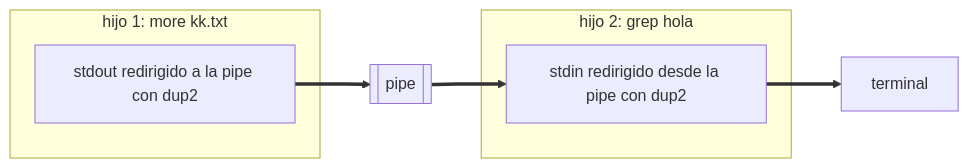
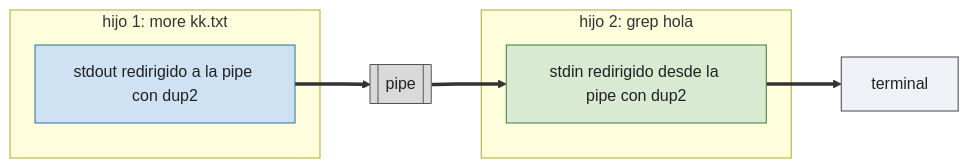
One commit to asiermarzo/ssoo changed the first of 2 diagrams in PRACTICA/05-minishell/README.md. Above: the diagram before and after it, drawn with Mermaid. The commit also changed other lines of this file and 25 other files, not shown here.

Commit message:
refinado de diagramas mermaid y svg

````diff
--- a/PRACTICA/05-minishell/README.md
+++ b/PRACTICA/05-minishell/README.md
@@ -22,10 +22,20 @@
 ```mermaid
 flowchart LR
     subgraph h1["hijo 1: more kk.txt"]
         M["stdout redirigido a la pipe con dup2"]
     end
     subgraph h2["hijo 2: grep hola"]
         G["stdin redirigido desde la pipe con dup2"]
     end
     M ==> PIPE[["pipe"]] ==> G ==> TTY["terminal"]
+
+    classDef hijo1 fill:#cfe2f3,stroke:#2b6f99,color:#222;
+    classDef hijo2 fill:#d9ead3,stroke:#3a7a3a,color:#222;
+    classDef nucleo fill:#d9d9d9,stroke:#555,color:#222;
+    classDef terminal fill:#eef2f7,stroke:#444,color:#222;
+
+    class M hijo1;
+    class G hijo2;
+    class PIPE nucleo;
+    class TTY terminal;
 ```
````
